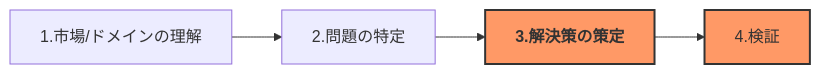
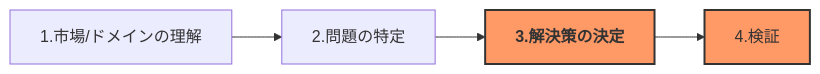
The diagram in 2024/4_architecture_for_technology_solution_1/README.md (Creative-Cucumbers/solution-design-with-technology), drawn with Mermaid before and after one commit. The commit also changed other lines of this file and 1 other file, not shown here.

Commit message:
Update solution process

````diff
--- a/2024/4_architecture_for_technology_solution_1/README.md
+++ b/2024/4_architecture_for_technology_solution_1/README.md
@@ -34,11 +34,11 @@
 ```mermaid
 graph LR
     A[1.市場/ドメインの理解] --> B[2.問題の特定]
-    B --> C[<b>3.解決策の策定</b>]
+    B --> C[<b>3.解決策の決定</b>]
     C --> D[4.検証]
     
 style C fill:#f96,stroke:#333,stroke-width:2px;
 style D fill:#f96,stroke:#333,stroke-width:2px;
 
 
 ```
````
